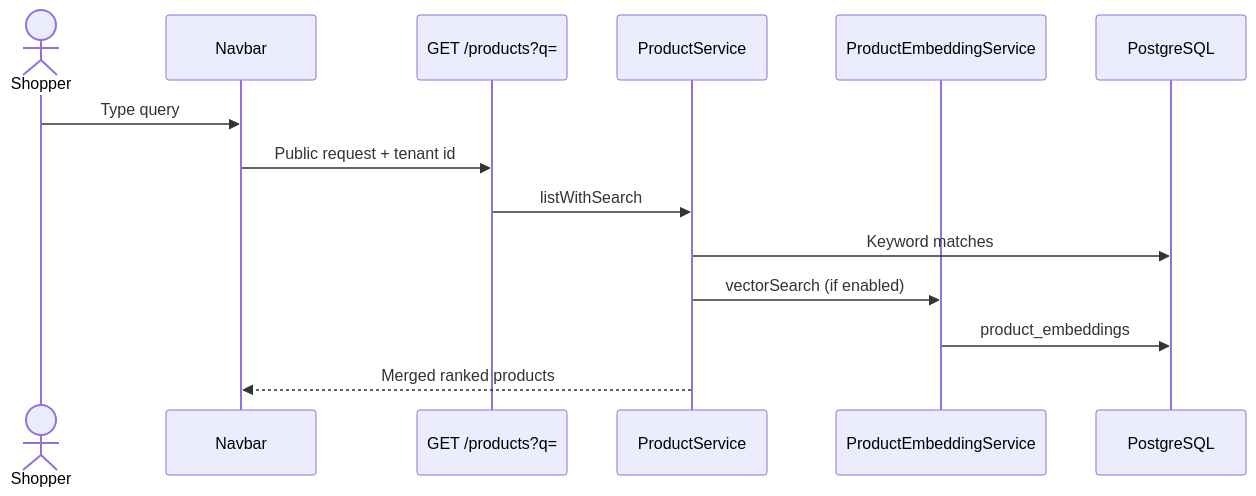
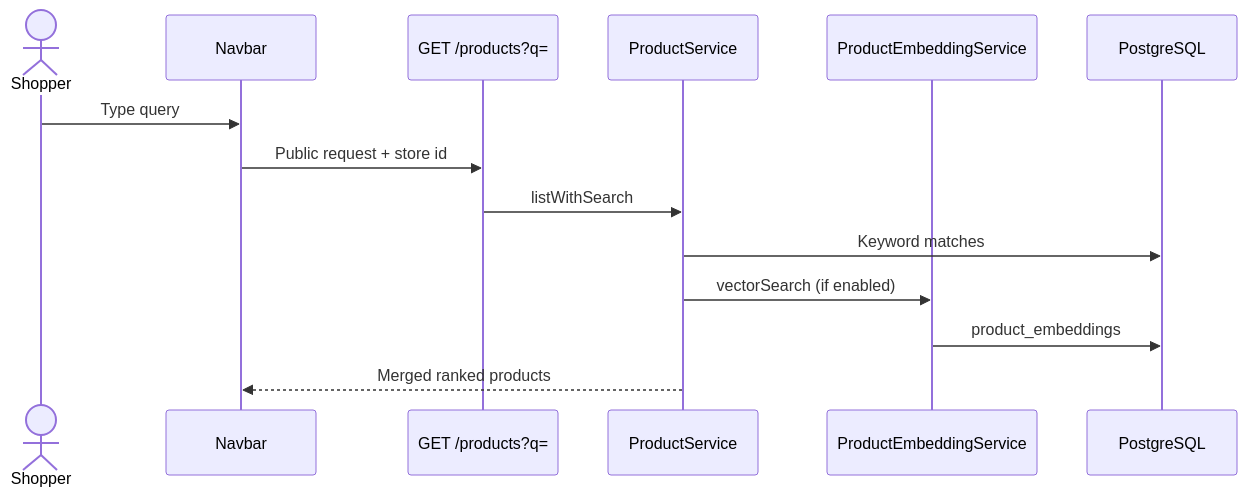
The seventh of 8 diagrams in doc/system-design/ai_system_guide.md (gowtamkumar/eCommerce-multi-store-saas-erp), drawn with Mermaid before and after one commit. The commit also changed other lines of this file and 764 other files, not shown here.

````diff
--- a/doc/system-design/ai_system_guide.md
+++ b/doc/system-design/ai_system_guide.md
@@ -552,17 +552,17 @@
 ```mermaid
 sequenceDiagram
   actor Shopper
   participant Nav as Navbar
   participant API as GET /products?q=
   participant PS as ProductService
   participant PES as ProductEmbeddingService
   participant DB as PostgreSQL
 
   Shopper->>Nav: Type query
-  Nav->>API: Public request + tenant id
+  Nav->>API: Public request + store id
   API->>PS: listWithSearch
   PS->>DB: Keyword matches
   PS->>PES: vectorSearch (if enabled)
   PES->>DB: product_embeddings
   PS-->>Nav: Merged ranked products
 ```
````
